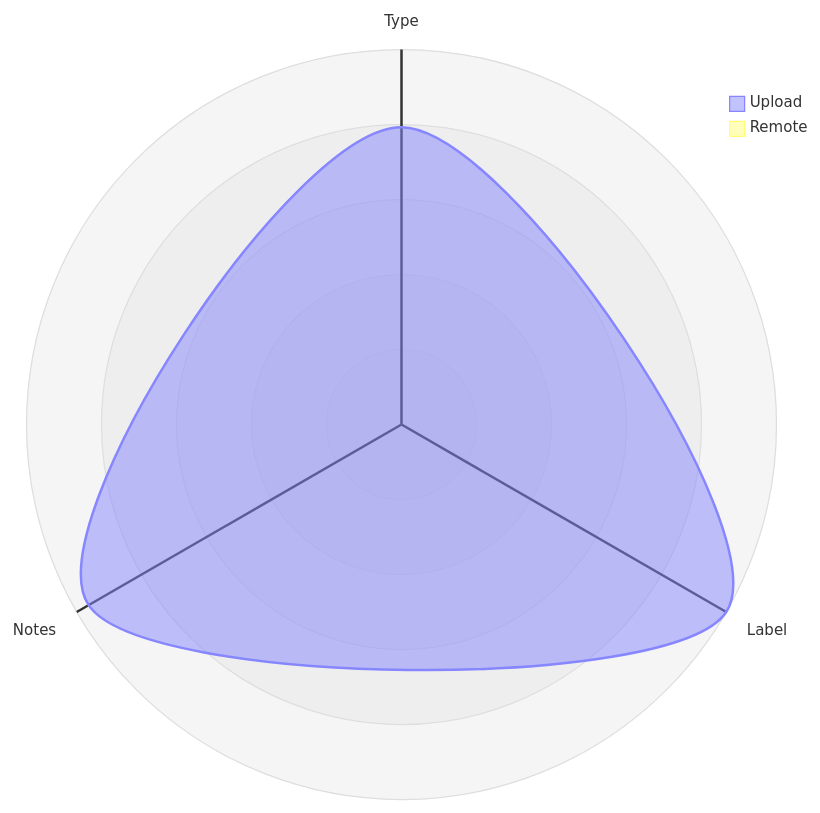
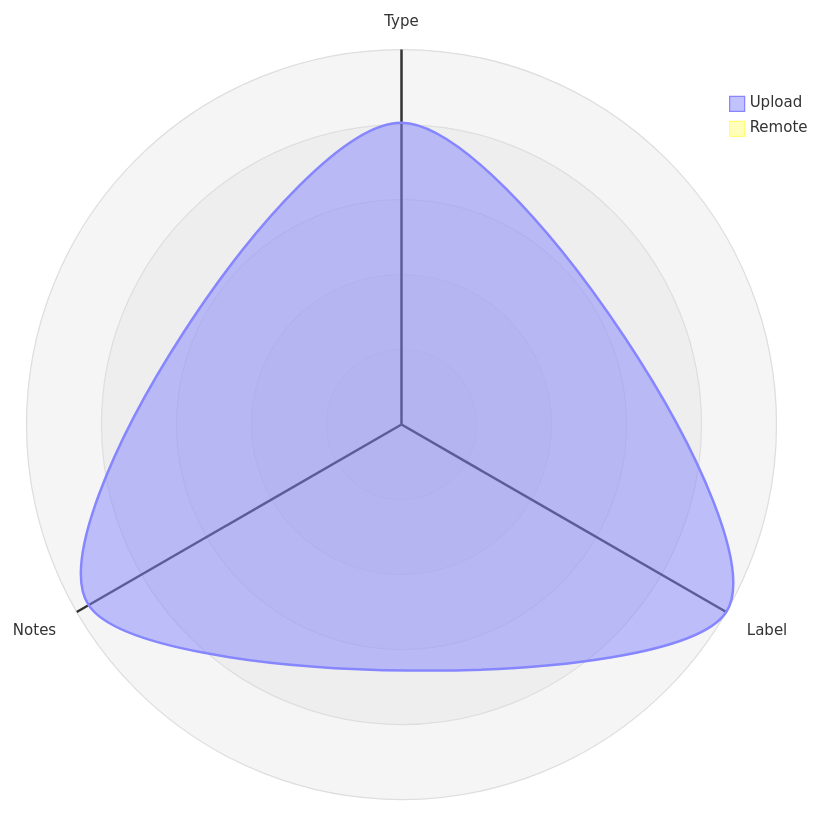
Before and after one commit to open-data/analytics-corporate-reporting: the third of 5 diagrams in datastore_tracker/README.md, drawn with Mermaid. The commit also changed other lines of this file and 9 other files, not shown here.

````diff
--- a/datastore_tracker/README.md
+++ b/datastore_tracker/README.md
@@ -104,12 +104,12 @@
 ```mermaid
 radar-beta
   axis T["Type"], L["Label"], N["Notes"]
-  curve u["Upload"]{0.00065, 0.00082, 0.00079}
+  curve u["Upload"]{0.00066, 0.00082, 0.00079}
   curve r["Remote"]{0, 0, 0}
 
   showLegend true
 
   min 0
   graticule circle
   ticks 5
 ```
````
